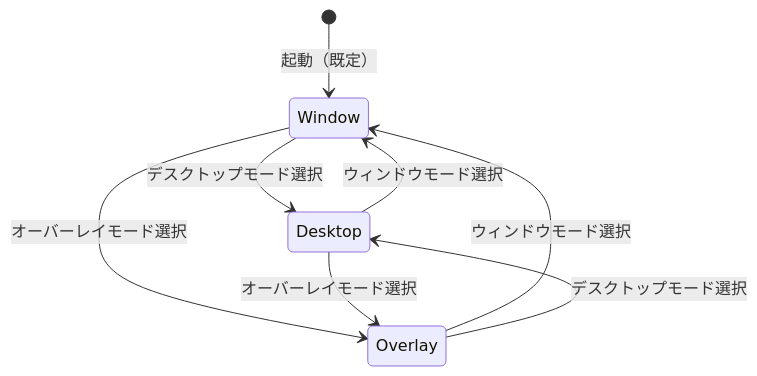
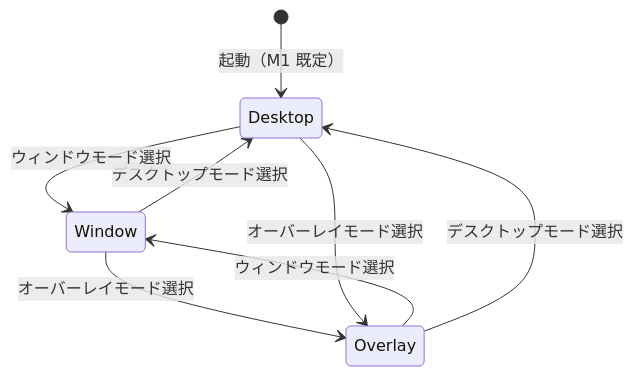
One commit to suzuki-hidehito66/Petatto-Kanban changed the diagram in docs/spec/12-display-modes.md. Above: the diagram before and after it, drawn with Mermaid. The commit also changed other lines of this file and 18 other files, not shown here.

````diff
--- a/docs/spec/12-display-modes.md
+++ b/docs/spec/12-display-modes.md
@@ -211,10 +212,10 @@
 ```mermaid
 stateDiagram-v2
-    [*] --> Window: 起動（既定）
+    [*] --> Desktop: 起動（M1 既定）
     Window --> Desktop: デスクトップモード選択
     Window --> Overlay: オーバーレイモード選択
     Desktop --> Window: ウィンドウモード選択
     Desktop --> Overlay: オーバーレイモード選択
     Overlay --> Window: ウィンドウモード選択
     Overlay --> Desktop: デスクトップモード選択
 ```
````
